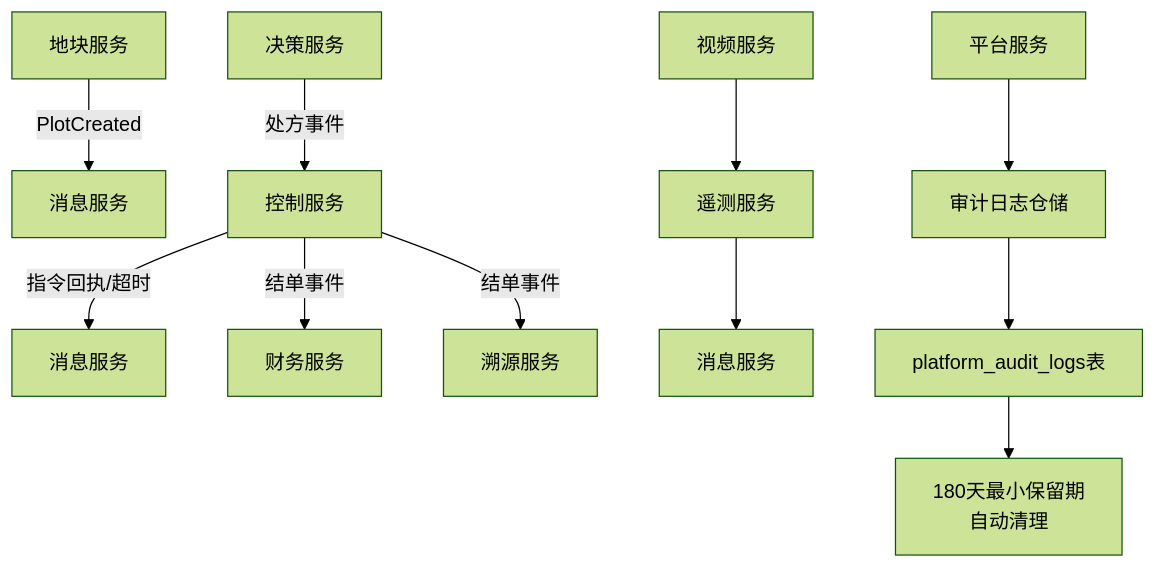
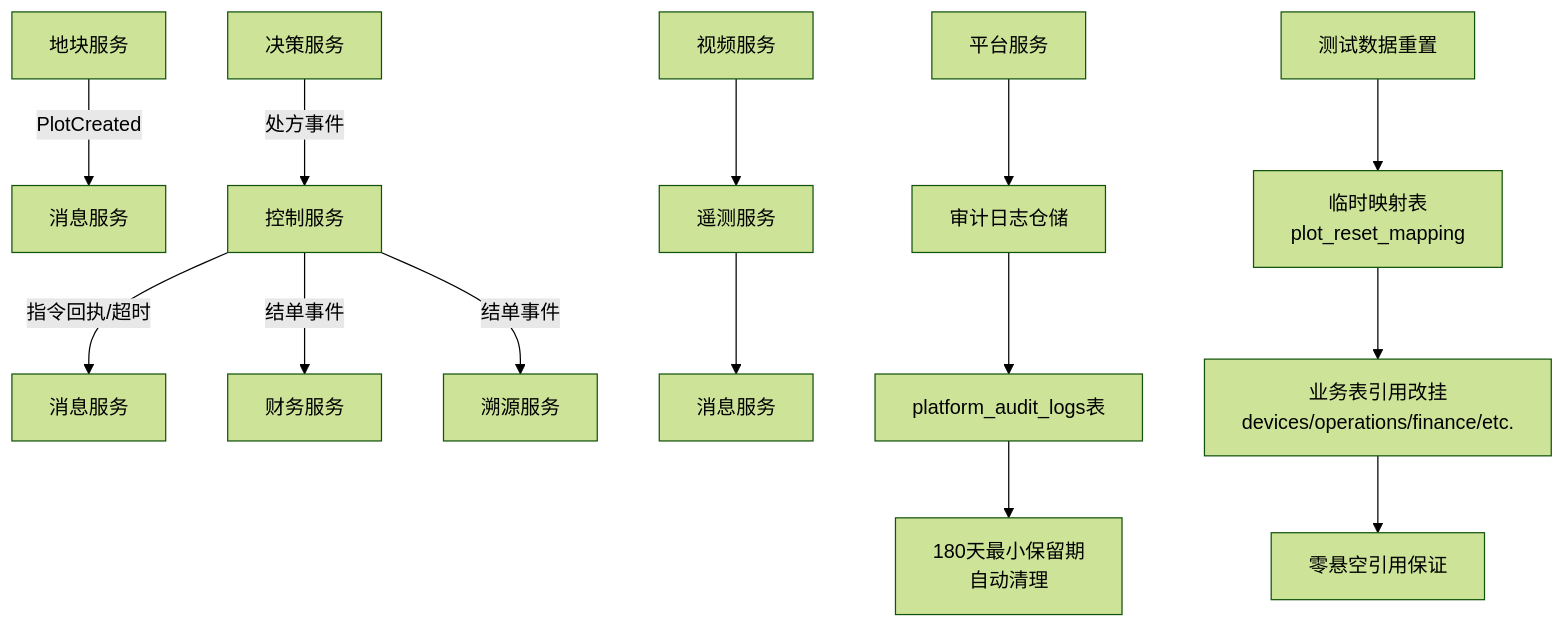
Before and after one commit to q446328246/agri-platform: the third of 3 diagrams in .qoder/repowiki/zh/content/项目概述/平台功能清单.md, drawn with Mermaid (forest theme). The commit also changed other lines of this file and 46 other files, not shown here.

````diff
--- a/.qoder/repowiki/zh/content/项目概述/平台功能清单.md
+++ b/.qoder/repowiki/zh/content/项目概述/平台功能清单.md
@@ -307,13 +350,16 @@
 ```mermaid
 flowchart TD
 A["地块服务"] --> |PlotCreated| B["消息服务"]
 C["决策服务"] --> |处方事件| D["控制服务"]
 D --> |指令回执/超时| E["消息服务"]
 D --> |结单事件| F["财务服务"]
 D --> |结单事件| G["溯源服务"]
 H["视频服务"] --> I["遥测服务"]
 I --> J["消息服务"]
 K["平台服务"] --> L["审计日志仓储"]
 L --> M["platform_audit_logs表"]
 M --> N["180天最小保留期<br/>自动清理"]
+O["测试数据重置"] --> P["临时映射表<br/>plot_reset_mapping"]
+P --> Q["业务表引用改挂<br/>devices/operations/finance/etc."]
+Q --> R["零悬空引用保证"]
 ```
````
